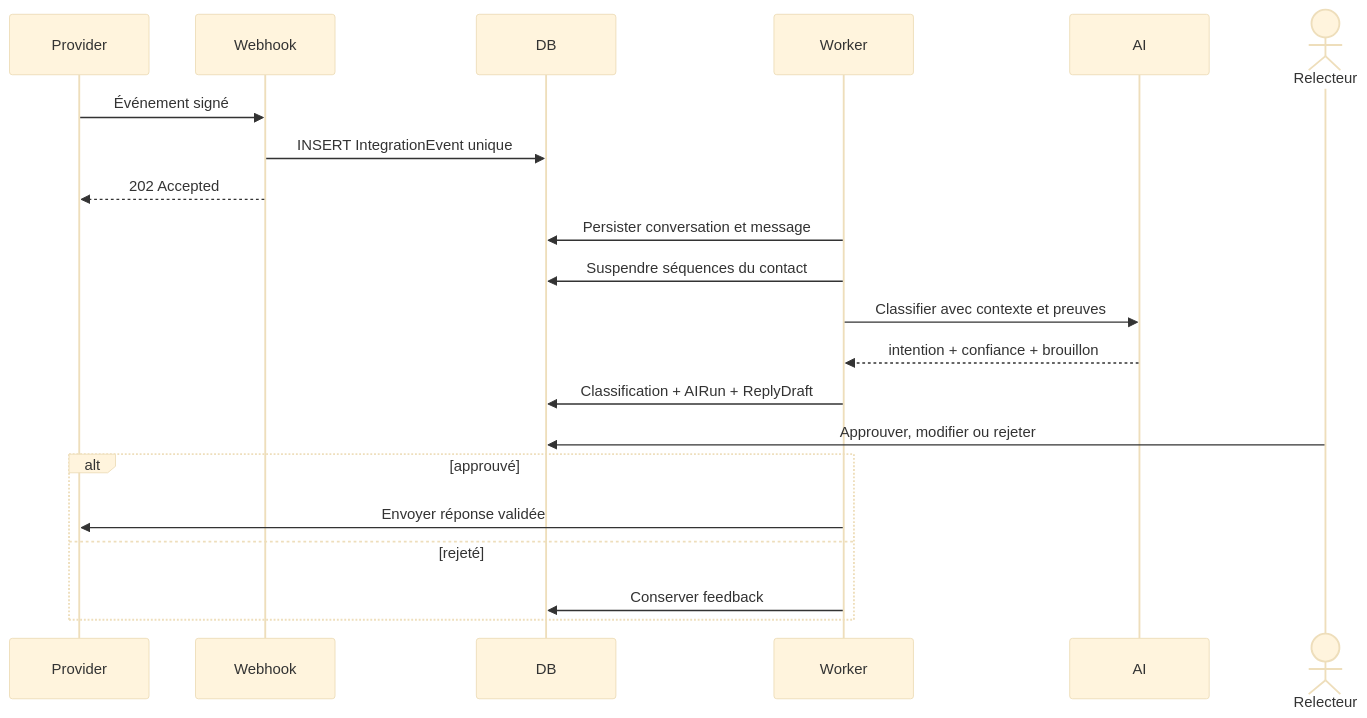
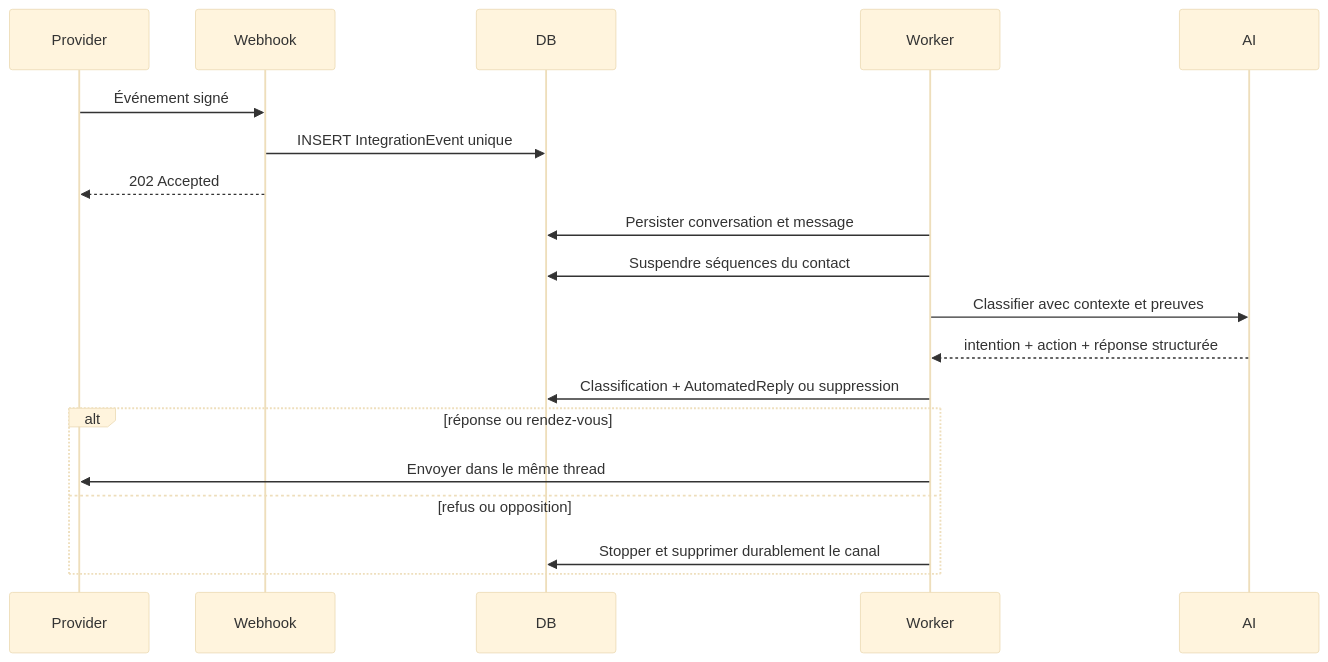
Before and after one commit to IgnitionAI/noosphere: the third of 3 diagrams in docs/architecture/FLOWS.md, drawn with Mermaid (base theme). The commit also changed other lines of this file and 259 other files, not shown here.

````diff
--- a/docs/architecture/FLOWS.md
+++ b/docs/architecture/FLOWS.md
@@ -64,24 +56,22 @@
 ```mermaid
 sequenceDiagram
     participant Provider
     participant Webhook
     participant DB
     participant Worker
     participant AI
-    actor Reviewer as Relecteur
 
     Provider->>Webhook: Événement signé
     Webhook->>DB: INSERT IntegrationEvent unique
     Webhook-->>Provider: 202 Accepted
     Worker->>DB: Persister conversation et message
     Worker->>DB: Suspendre séquences du contact
     Worker->>AI: Classifier avec contexte et preuves
-    AI-->>Worker: intention + confiance + brouillon
-    Worker->>DB: Classification + AIRun + ReplyDraft
-    Reviewer->>DB: Approuver, modifier ou rejeter
-    alt approuvé
-        Worker->>Provider: Envoyer réponse validée
-    else rejeté
-        Worker->>DB: Conserver feedback
+    AI-->>Worker: intention + action + réponse structurée
+    Worker->>DB: Classification + AutomatedReply ou suppression
+    alt réponse ou rendez-vous
+        Worker->>Provider: Envoyer dans le même thread
+    else refus ou opposition
+        Worker->>DB: Stopper et supprimer durablement le canal
     end
 ```
````
